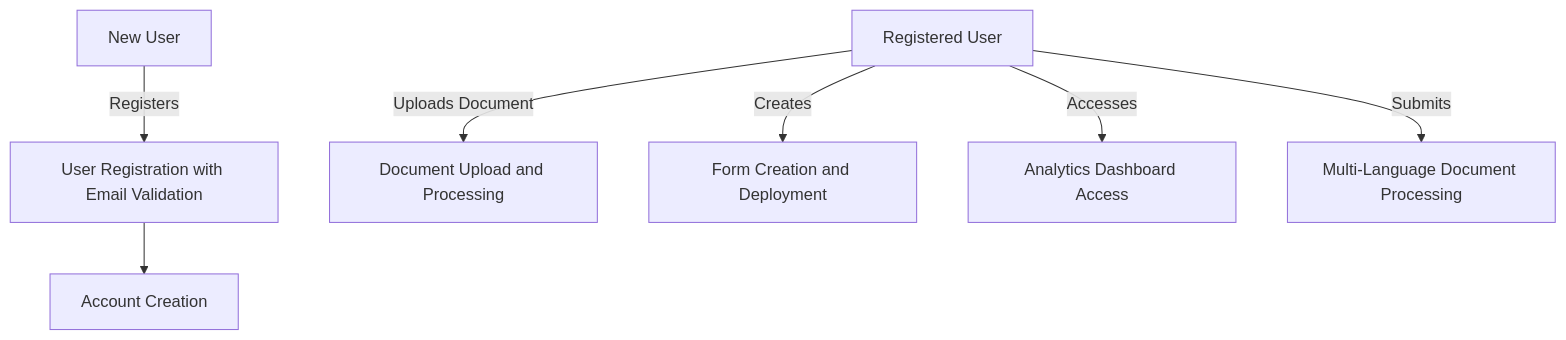
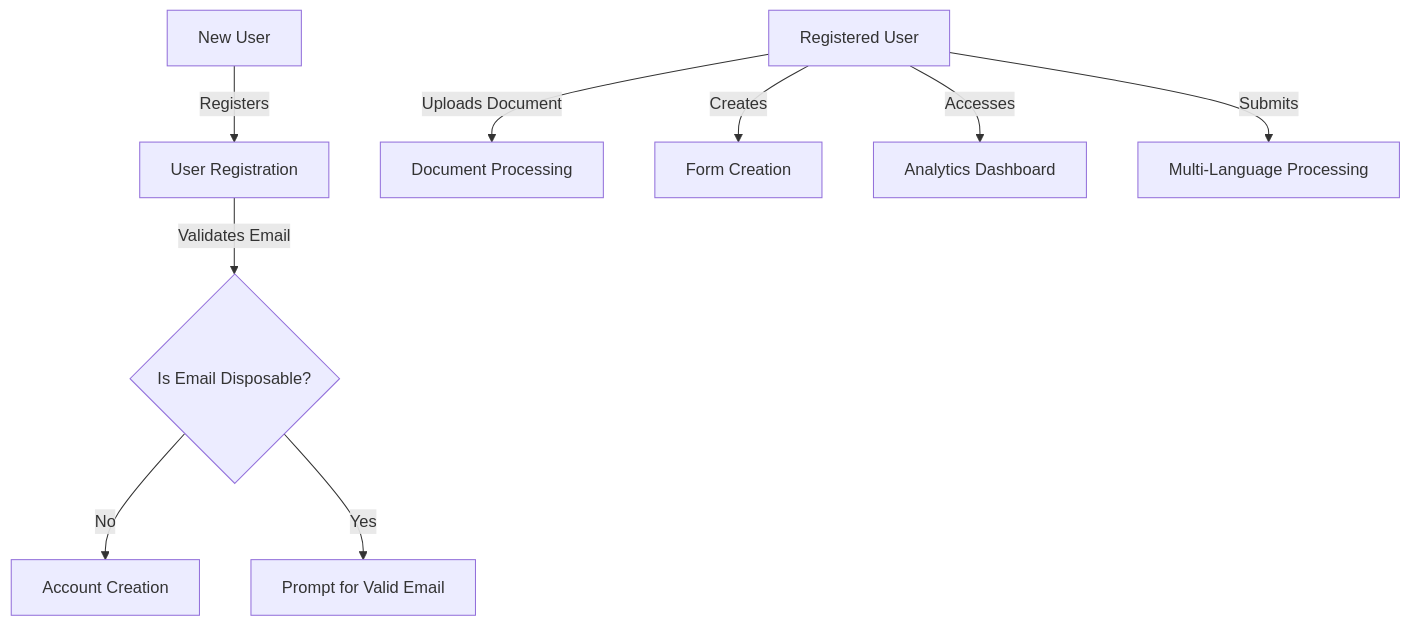
One commit to FormSculptor/Internal-Documentation changed the first of 4 diagrams in daft_report.md. Above: the diagram before and after it, drawn with Mermaid. The commit also changed other lines of this file, not shown here.

````diff
--- a/daft_report.md
+++ b/daft_report.md
@@ -219,9 +167,11 @@
 ```mermaid
 graph TD
-    A[New User] -->|Registers| B[User Registration with Email Validation]
-    B --> C[Account Creation]
-    D[Registered User] -->|Uploads Document| E[Document Upload and Processing]
-    D -->|Creates| F[Form Creation and Deployment]
-    D -->|Accesses| G[Analytics Dashboard Access]
-    D -->|Submits| H[Multi-Language Document Processing]
+    A[New User] -- Registers --> B[User Registration]
+    B -- Validates Email --> C{Is Email Disposable?}
+    C -- No --> D[Account Creation]
+    C -- Yes --> E[Prompt for Valid Email]
+    F[Registered User] -- Uploads Document --> G[Document Processing]
+    F -- Creates --> H[Form Creation]
+    F -- Accesses --> I[Analytics Dashboard]
+    F -- Submits --> J[Multi-Language Processing]
 ```
````
